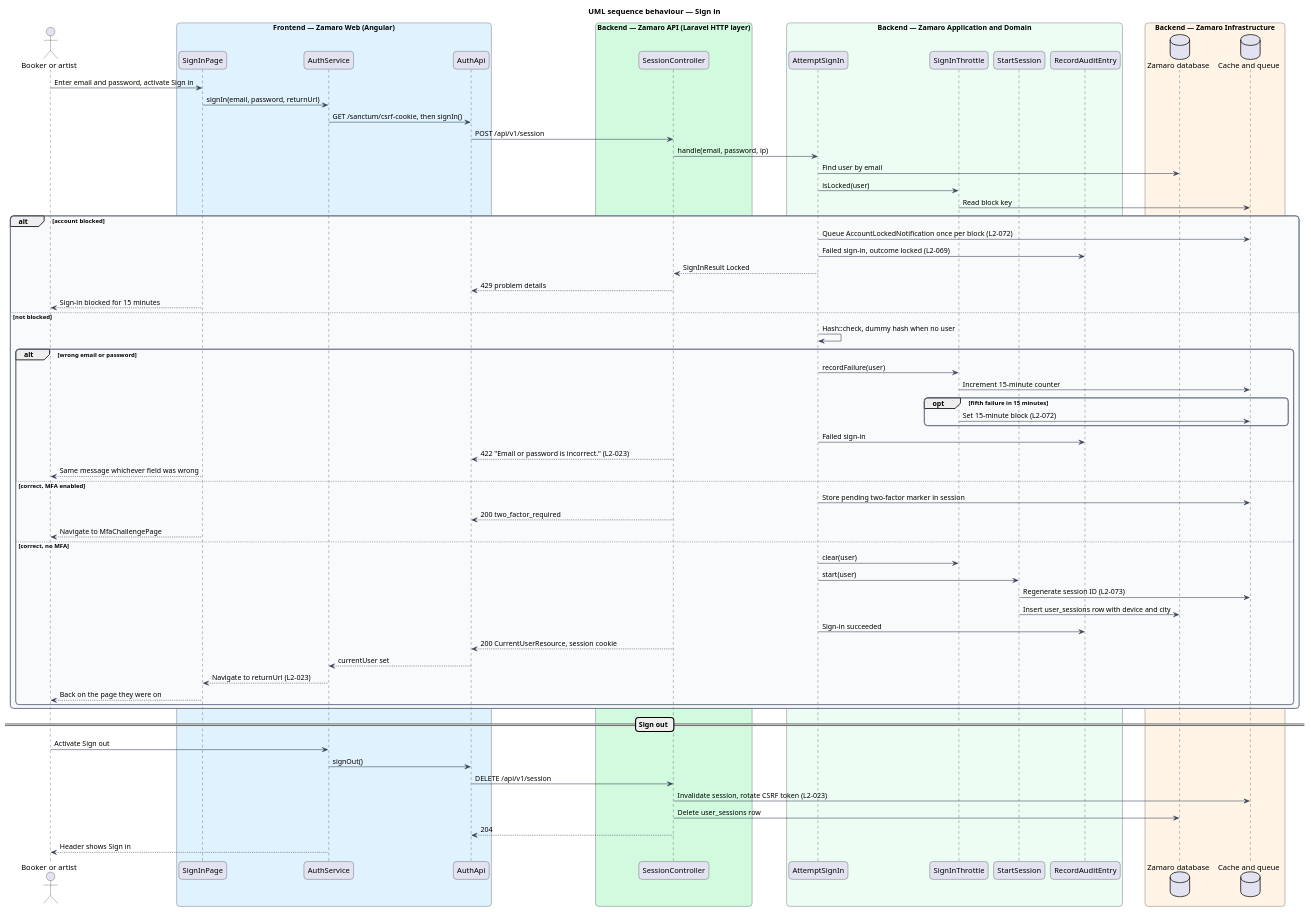
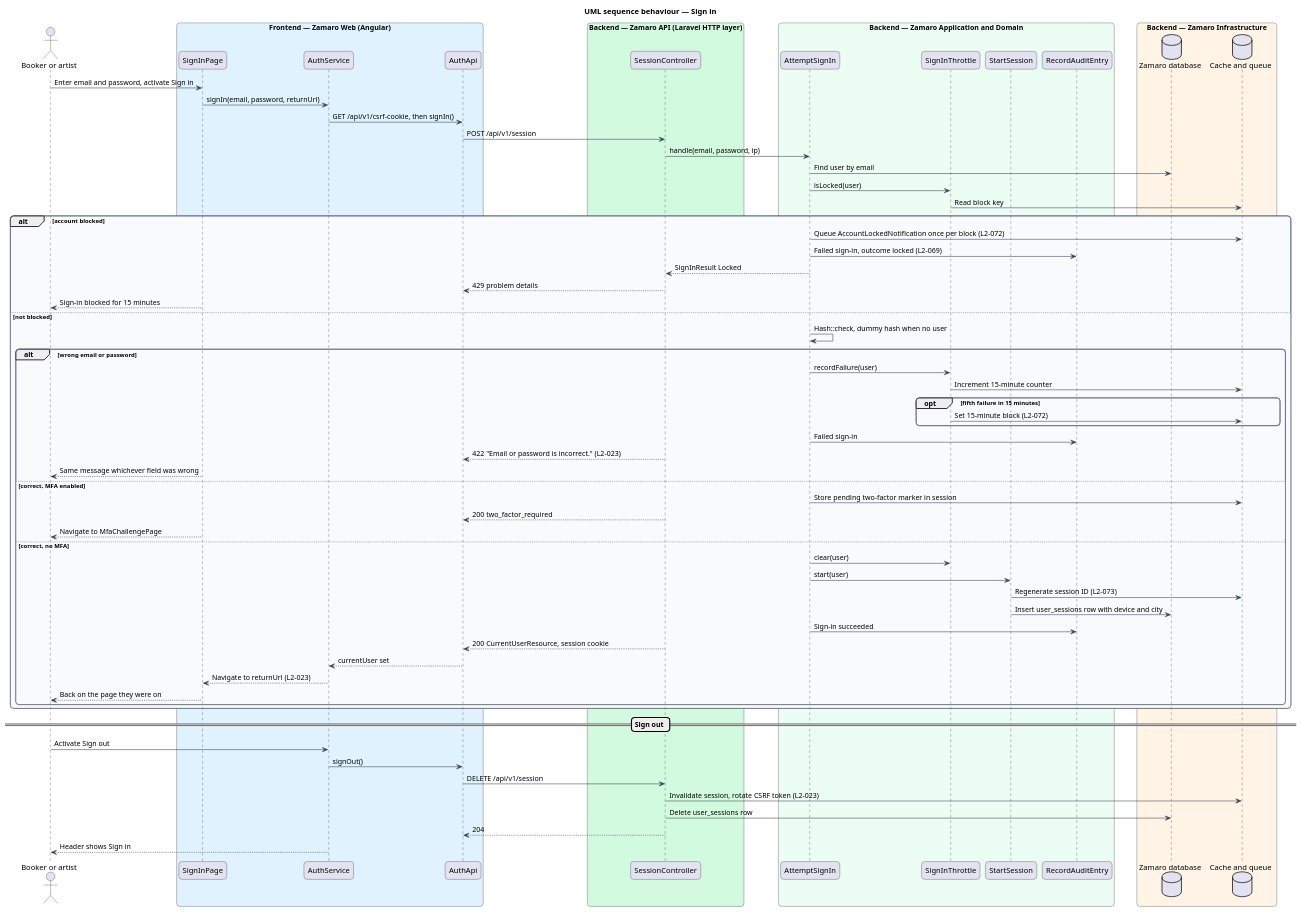
The diagram in docs/detailed-designs/accounts/sign-in-and-recover-access/diagrams/sequence-sign-in.puml (QuinntyneBrown/zamaro), drawn with PlantUML before and after one commit. The commit also changed 20 other files, not shown here.

```diff
--- a/docs/detailed-designs/accounts/sign-in-and-recover-access/diagrams/sequence-sign-in.puml
+++ b/docs/detailed-designs/accounts/sign-in-and-recover-access/diagrams/sequence-sign-in.puml
@@ -1,87 +1,87 @@
 @startuml
 title UML sequence behaviour — Sign in
 skinparam backgroundColor #FFFFFF
 skinparam shadowing false
 skinparam roundcorner 12
 skinparam defaultFontName Arial
 skinparam ArrowColor #344054
 skinparam rectangle {
   BorderColor #344054
   FontColor #101828
 }
 skinparam package {
   BorderColor #667085
   FontColor #101828
   BackgroundColor #F9FAFB
 }
 actor "Booker or artist" as actor
 box "Frontend — Zamaro Web (Angular)" #E0F2FE
   participant "SignInPage" as page
   participant "AuthService" as auth
   participant "AuthApi" as client
 end box
 box "Backend — Zamaro API (Laravel HTTP layer)" #D1FADF
   participant "SessionController" as controller
 end box
 box "Backend — Zamaro Application and Domain" #ECFDF3
   participant "AttemptSignIn" as action
   participant "SignInThrottle" as throttle
   participant "StartSession" as start
   participant "RecordAuditEntry" as audit
 end box
 box "Backend — Zamaro Infrastructure" #FFF4E5
   database "Zamaro database" as db
   database "Cache and queue" as cache
 end box
 
 actor -> page : Enter email and password, activate Sign in
 page -> auth : signIn(email, password, returnUrl)
-auth -> client : GET /sanctum/csrf-cookie, then signIn()
+auth -> client : GET /api/v1/csrf-cookie, then signIn()
 client -> controller : POST /api/v1/session
 controller -> action : handle(email, password, ip)
 action -> db : Find user by email
 action -> throttle : isLocked(user)
 throttle -> cache : Read block key
 alt account blocked
   action -> cache : Queue AccountLockedNotification once per block (L2-072)
   action -> audit : Failed sign-in, outcome locked (L2-069)
   action --> controller : SignInResult Locked
   controller --> client : 429 problem details
   page --> actor : Sign-in blocked for 15 minutes
 else not blocked
   action -> action : Hash::check, dummy hash when no user
   alt wrong email or password
     action -> throttle : recordFailure(user)
     throttle -> cache : Increment 15-minute counter
     opt fifth failure in 15 minutes
       throttle -> cache : Set 15-minute block (L2-072)
     end
     action -> audit : Failed sign-in
     controller --> client : 422 "Email or password is incorrect." (L2-023)
     page --> actor : Same message whichever field was wrong
   else correct, MFA enabled
     action -> cache : Store pending two-factor marker in session
     controller --> client : 200 two_factor_required
     page --> actor : Navigate to MfaChallengePage
   else correct, no MFA
     action -> throttle : clear(user)
     action -> start : start(user)
     start -> cache : Regenerate session ID (L2-073)
     start -> db : Insert user_sessions row with device and city
     action -> audit : Sign-in succeeded
     controller --> client : 200 CurrentUserResource, session cookie
     client --> auth : currentUser set
     auth --> page : Navigate to returnUrl (L2-023)
     page --> actor : Back on the page they were on
   end
 end
 
 == Sign out ==
 actor -> auth : Activate Sign out
 auth -> client : signOut()
 client -> controller : DELETE /api/v1/session
 controller -> cache : Invalidate session, rotate CSRF token (L2-023)
 controller -> db : Delete user_sessions row
 controller --> client : 204
 auth --> actor : Header shows Sign in
 @enduml
```
